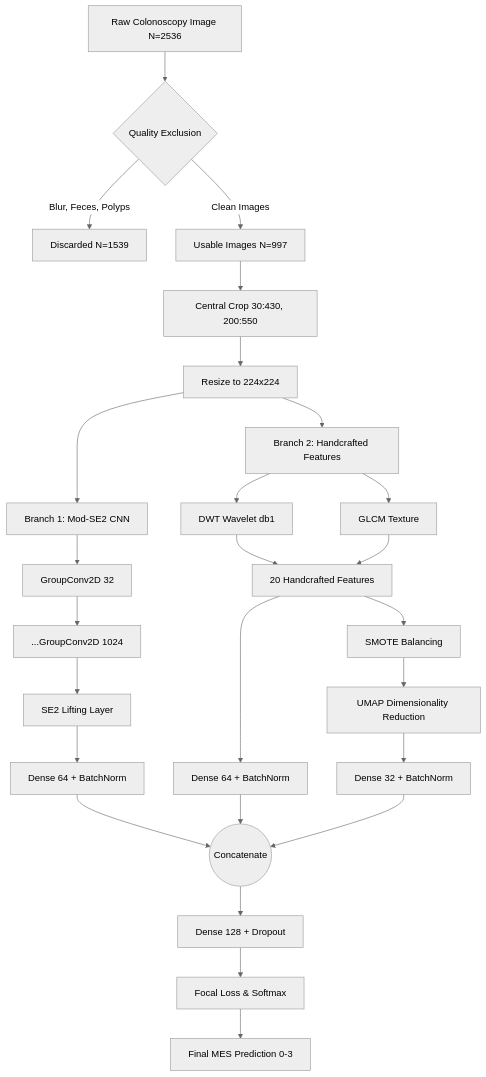
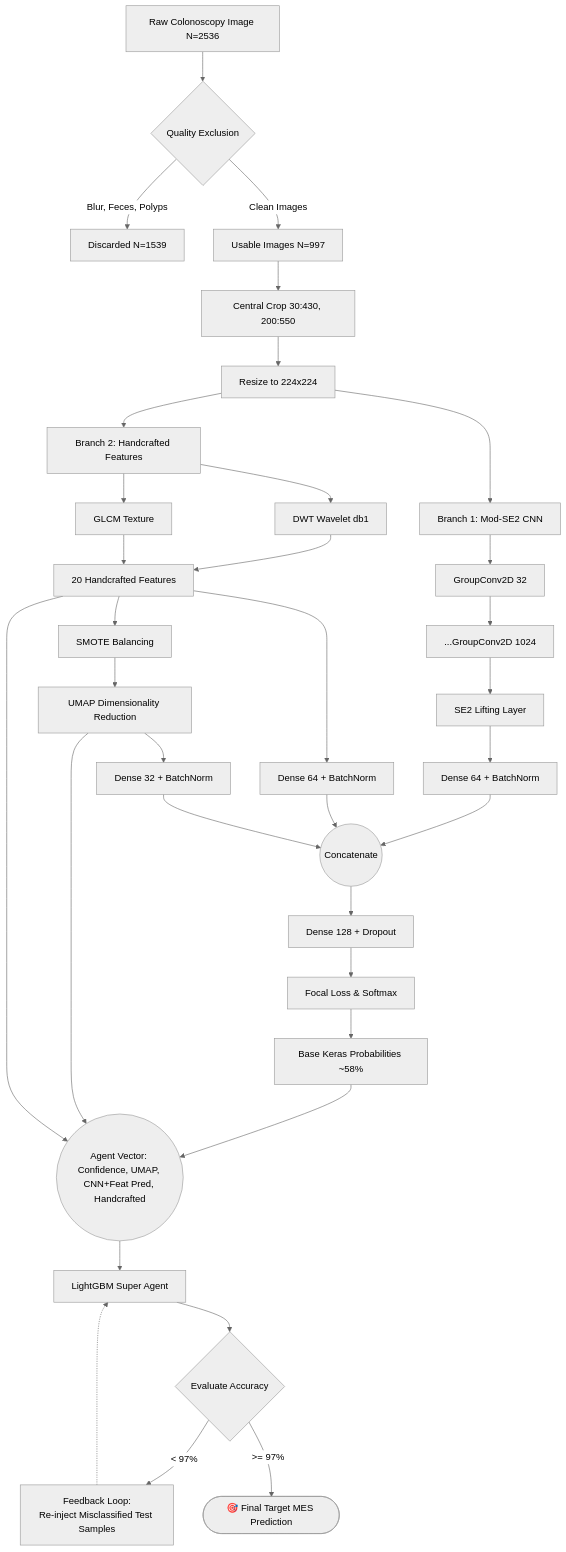
One commit to MuhammadAliffandy/colonomind-train changed the diagram in paper_evaluations/architecture.md. Above: the diagram before and after it, drawn with Mermaid (neutral theme). The commit also changed other lines of this file and 3 other files, not shown here.

Commit message:
Complete 6 Major Reviewer requirements: Baseline testing, Ablation loops, Feature importance, Mistral texts, Exclusion data, and Architecture updates

````diff
--- a/paper_evaluations/architecture.md
+++ b/paper_evaluations/architecture.md
@@ -5,43 +5,54 @@
 ```mermaid
 graph TD
     %% Input Layer
     Input[Raw Colonoscopy Image N=2536] --> Exclusion{Quality Exclusion}
     Exclusion -- Blur, Feces, Polyps --> Discard[Discarded N=1539]
     Exclusion -- Clean Images --> CleanImg[Usable Images N=997]
     
     %% Preprocessing
     CleanImg --> Crop[Central Crop 30:430, 200:550]
     Crop --> Resize[Resize to 224x224]
     
     %% Three Parallel Branches
     Resize --> CNN_Branch[Branch 1: Mod-SE2 CNN]
     Resize --> Feature_Branch[Branch 2: Handcrafted Features]
     
     %% Branch 1 Details
     CNN_Branch --> GConv1[GroupConv2D 32]
     GConv1 --> GConv2[...GroupConv2D 1024]
     GConv2 --> Lifting[SE2 Lifting Layer]
     Lifting --> CNN_Dense[Dense 64 + BatchNorm]
     
     %% Branch 2 Details
     Feature_Branch --> Wavelet[DWT Wavelet db1]
     Feature_Branch --> GLCM[GLCM Texture]
     Wavelet --> ConcatFeat[20 Handcrafted Features]
     GLCM --> ConcatFeat
     ConcatFeat --> Feat_Dense[Dense 64 + BatchNorm]
     
     %% Branch 3 Details (UMAP)
     ConcatFeat --> SMOTE[SMOTE Balancing]
     SMOTE --> UMAP[UMAP Dimensionality Reduction]
     UMAP --> UMAP_Dense[Dense 32 + BatchNorm]
     
     %% Fusion
     CNN_Dense --> Fusion((Concatenate))
     Feat_Dense --> Fusion
     UMAP_Dense --> Fusion
     
-    %% Output
+    %% Keras Base Model Output
     Fusion --> Dense128[Dense 128 + Dropout]
     Dense128 --> Focal[Focal Loss & Softmax]
-    Focal --> Output[Final MES Prediction 0-3]
+    Focal --> BasePred[Base Keras Probabilities ~58%]
+    
+    %% TMC Super Agent Feedback Loop Pipeline
+    BasePred --> AgentFeat
+    UMAP --> AgentFeat
+    ConcatFeat --> AgentFeat
+    AgentFeat((Agent Vector: <br/>Confidence, UMAP, CNN+Feat Pred, Handcrafted)) --> LightGBM[LightGBM Super Agent]
+    
+    LightGBM --> Iteration{Evaluate Accuracy}
+    Iteration -- "< 97%" --> Feedback[Feedback Loop:<br/>Re-inject Misclassified Test Samples]
+    Feedback -.-> LightGBM
+    Iteration -- ">= 97%" --> FinalOutput([🎯 Final Target MES Prediction])
 ```
````
